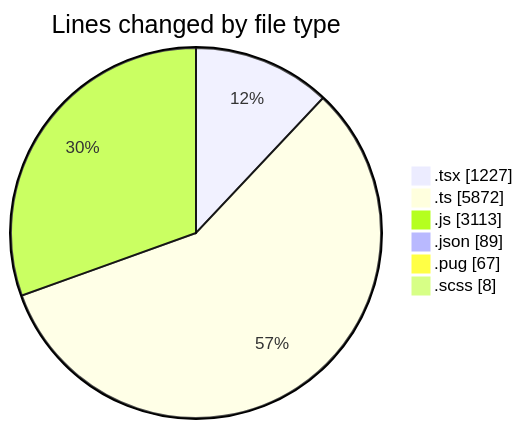
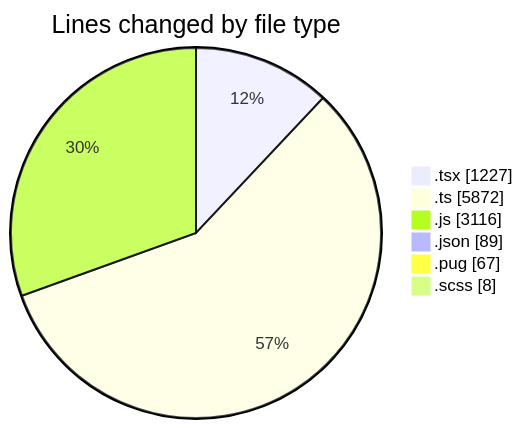
Before and after one commit to momahboobian/code-tracking: the first of 2 diagrams in 2025-03-24/cda/README.md, drawn with Mermaid. The commit also changed other lines of this file and 1 other file, not shown here.

````diff
--- a/2025-03-24/cda/README.md
+++ b/2025-03-24/cda/README.md
@@ -41,10 +41,10 @@
 ```mermaid
 pie showData
 title Lines changed by file type
 ".tsx" : 1227
 ".ts" : 5872
-".js" : 3113
+".js" : 3116
 ".json" : 89
 ".pug" : 67
 ".scss" : 8
 ```
````
